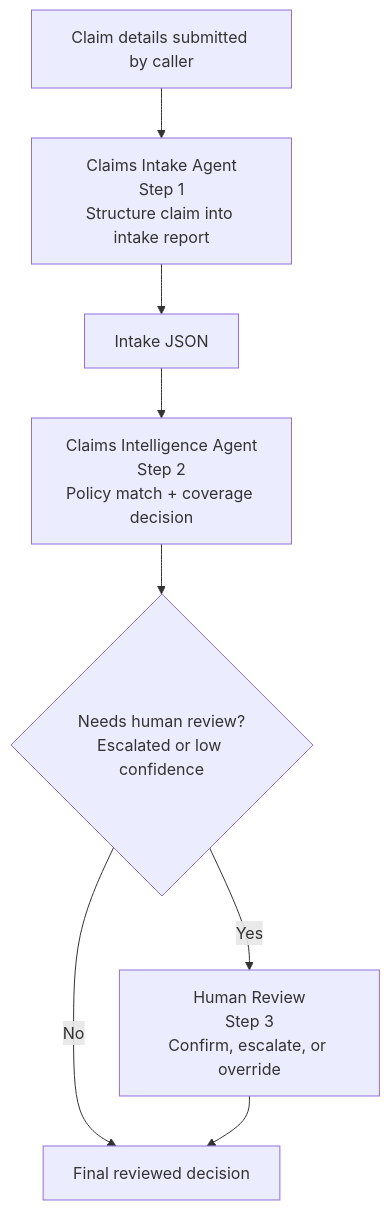
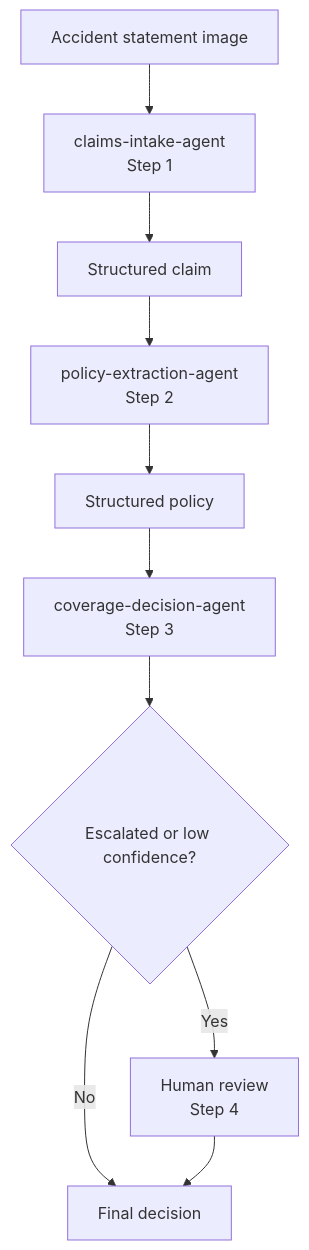
One commit to jamlab/claims-microhack changed the diagram in challenges/challenge-03.md. Above: the diagram before and after it, drawn with Mermaid. The commit also changed other lines of this file and 27 other files, not shown here.

````diff
--- a/challenges/challenge-03.md
+++ b/challenges/challenge-03.md
@@ -19,10 +25,12 @@
 ```mermaid
 flowchart TD
-    A[Claim details submitted by caller] --> B[Claims Intake Agent<br/>Step 1<br/>Structure claim into intake report]
-    B --> C[Intake JSON]
-    C --> D[Claims Intelligence Agent<br/>Step 2<br/>Policy match + coverage decision]
-    D --> E{Needs human review?<br/>Escalated or low confidence}
-    E -- No --> F[Final reviewed decision]
-    E -- Yes --> G[Human Review<br/>Step 3<br/>Confirm, escalate, or override]
-    G --> F
+        A[Accident statement image] --> B[claims-intake-agent<br/>Step 1]
+        B --> C[Structured claim]
+        C --> D[policy-extraction-agent<br/>Step 2]
+        D --> E[Structured policy]
+        E --> F[coverage-decision-agent<br/>Step 3]
+        F --> G{Escalated or low confidence?}
+        G -- No --> H[Final decision]
+        G -- Yes --> I[Human review<br/>Step 4]
+        I --> H
 ```
````
